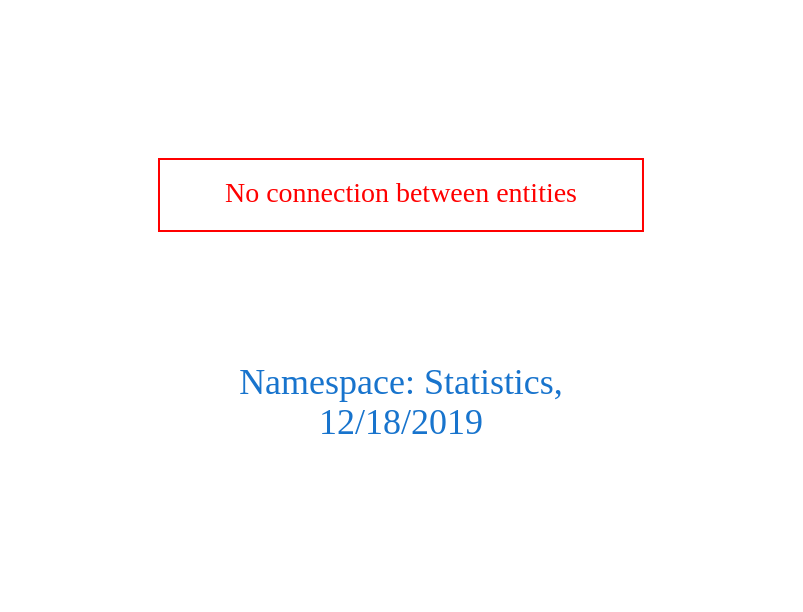
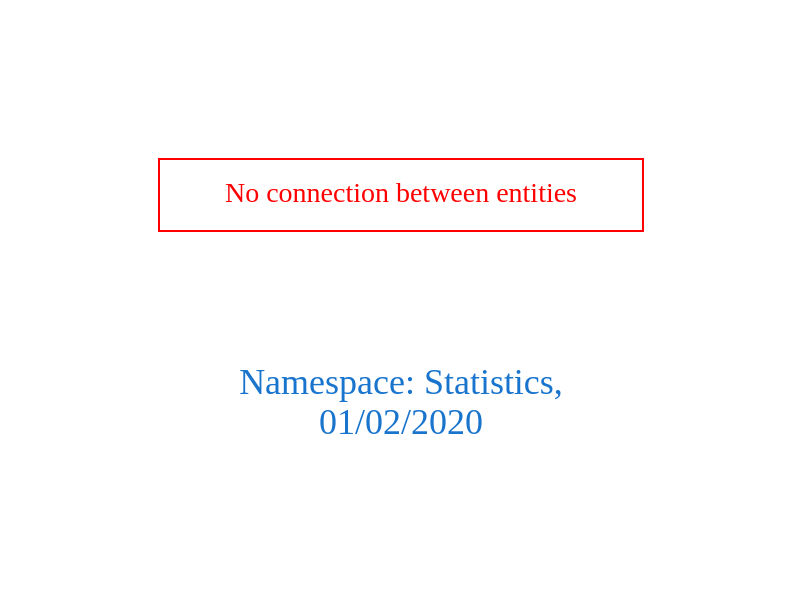
Before and after one commit to arago/OGIT: the diagram in downloads/Statistics.dot, drawn with Graphviz. The commit also changed 1637 other files, not shown here.

```diff
--- a/downloads/Statistics.dot
+++ b/downloads/Statistics.dot
@@ -1,9 +1,9 @@
 digraph OGIT_ontology {
  graph [ rankdir= LR,pad=1 
 fontsize = 18,
-fontcolor= dodgerblue3,label = "\n\n\nNamespace: Statistics, \n 12/18/2019"];
+fontcolor= dodgerblue3,label = "\n\n\nNamespace: Statistics, \n 01/02/2020"];
 node[shape=polygon];
 edge [  color="gray81"];
 
 "No connection between entities" [fontcolor = "red",color="red", shape="polygon"]
 }
```
